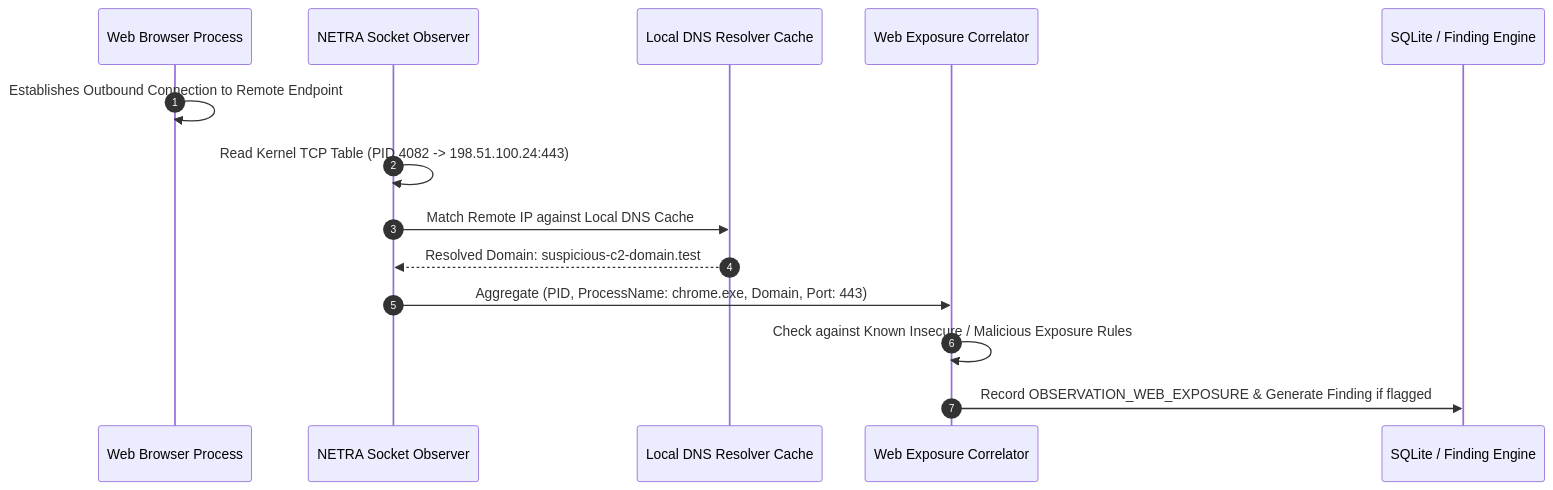
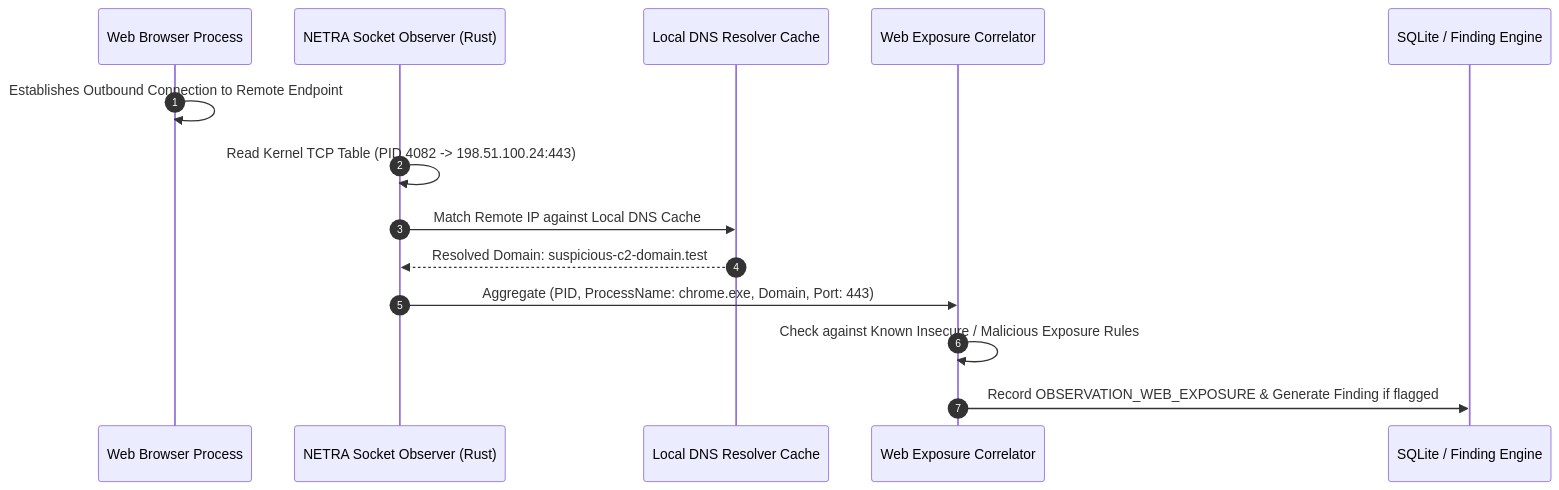
The seventh of 13 diagrams in docs/SYSTEM_DESIGN.md (Subhadip-Paul2006/NETRA-Backend), drawn with Mermaid before and after one commit. The commit also changed other lines of this file and 13 other files, not shown here.

Commit message:
docs: finalize Rust-first systems architecture lock across all 16 specifications

````diff
--- a/docs/SYSTEM_DESIGN.md
+++ b/docs/SYSTEM_DESIGN.md
@@ -260,17 +269,17 @@
 ```mermaid
 sequenceDiagram
     autonumber
     participant Browser as Web Browser Process
-    participant SocketProbe as NETRA Socket Observer
+    participant SocketProbe as NETRA Socket Observer (Rust)
     participant DNSEngine as Local DNS Resolver Cache
     participant Corr as Web Exposure Correlator
     participant DB as SQLite / Finding Engine
 
     Browser->>Browser: Establishes Outbound Connection to Remote Endpoint
     SocketProbe->>SocketProbe: Read Kernel TCP Table (PID 4082 -> 198.51.100.24:443)
     SocketProbe->>DNSEngine: Match Remote IP against Local DNS Cache
     DNSEngine-->>SocketProbe: Resolved Domain: suspicious-c2-domain.test
     SocketProbe->>Corr: Aggregate (PID, ProcessName: chrome.exe, Domain, Port: 443)
     Corr->>Corr: Check against Known Insecure / Malicious Exposure Rules
     Corr->>DB: Record OBSERVATION_WEB_EXPOSURE & Generate Finding if flagged
 ```
````
